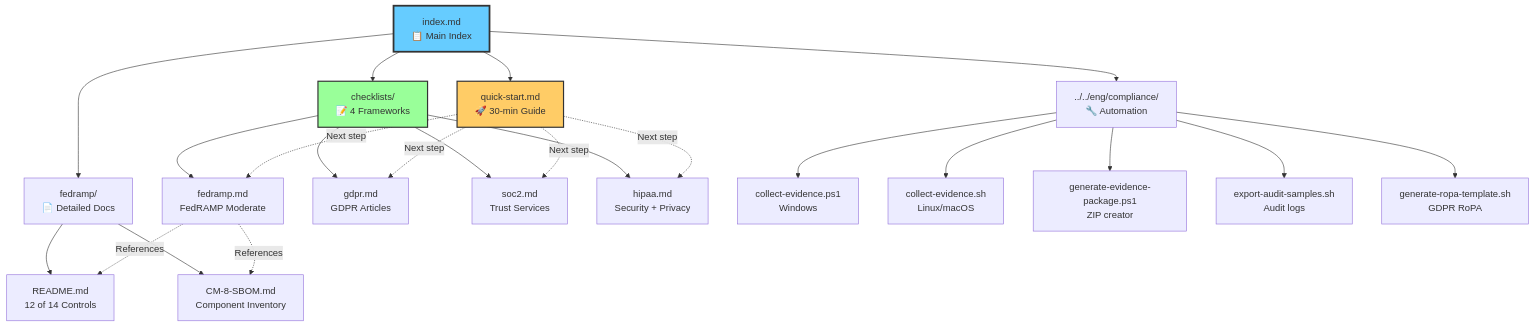
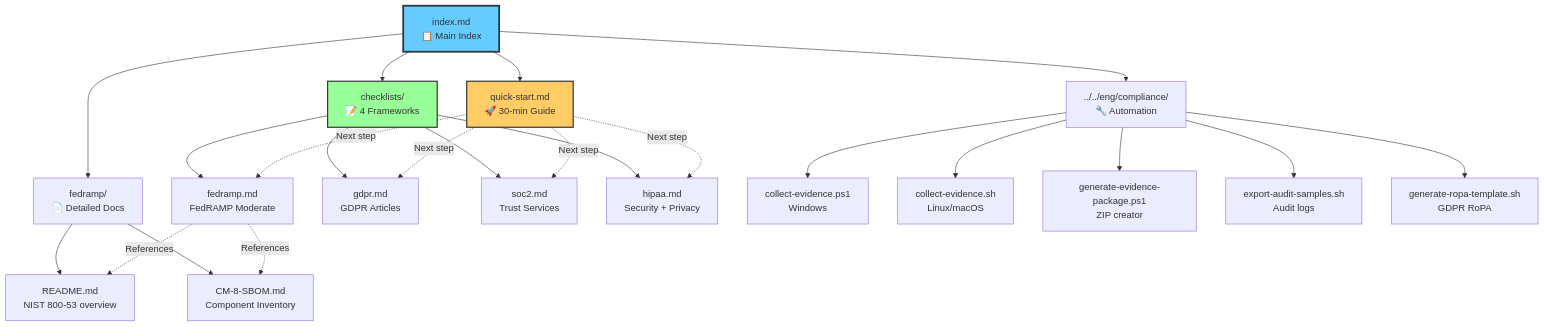
Before and after one commit to TrigintaFaces/Excalibur: the second of 4 diagrams in docs-site/docs/compliance/navigation-guide.md, drawn with Mermaid. The commit also changed other lines of this file and 11703 other files, not shown here.

````diff
--- a/docs-site/docs/compliance/navigation-guide.md
+++ b/docs-site/docs/compliance/navigation-guide.md
@@ -74,33 +82,33 @@
 ```mermaid
 graph TD
     README[index.md<br/>📋 Main Index] --> QuickStart[quick-start.md<br/>🚀 30-min Guide]
     README --> Checklists[checklists/<br/>📝 4 Frameworks]
     README --> Scripts[../../eng/compliance/<br/>🔧 Automation]
     README --> FedRAMPDocs[fedramp/<br/>📄 Detailed Docs]
 
     Checklists --> FedRAMP[fedramp.md<br/>FedRAMP Moderate]
     Checklists --> GDPR[gdpr.md<br/>GDPR Articles]
     Checklists --> SOC2[soc2.md<br/>Trust Services]
     Checklists --> HIPAA[hipaa.md<br/>Security + Privacy]
 
     Scripts --> CollectPS[collect-evidence.ps1<br/>Windows]
     Scripts --> CollectSH[collect-evidence.sh<br/>Linux/macOS]
     Scripts --> Package[generate-evidence-package.ps1<br/>ZIP creator]
     Scripts --> Audit[export-audit-samples.sh<br/>Audit logs]
     Scripts --> RoPA[generate-ropa-template.sh<br/>GDPR RoPA]
 
-    FedRAMPDocs --> FedREADME[README.md<br/>12 of 14 Controls]
+    FedRAMPDocs --> FedREADME[README.md<br/>NIST 800-53 overview]
     FedRAMPDocs --> SBOM[CM-8-SBOM.md<br/>Component Inventory]
 
     FedRAMP -.->|References| FedREADME
     FedRAMP -.->|References| SBOM
 
     QuickStart -.->|Next step| FedRAMP
     QuickStart -.->|Next step| GDPR
     QuickStart -.->|Next step| SOC2
     QuickStart -.->|Next step| HIPAA
 
     style README fill:#6cf,stroke:#333,stroke-width:3px
     style QuickStart fill:#fc6,stroke:#333,stroke-width:2px
     style Checklists fill:#9f9,stroke:#333,stroke-width:2px
 ```
````
